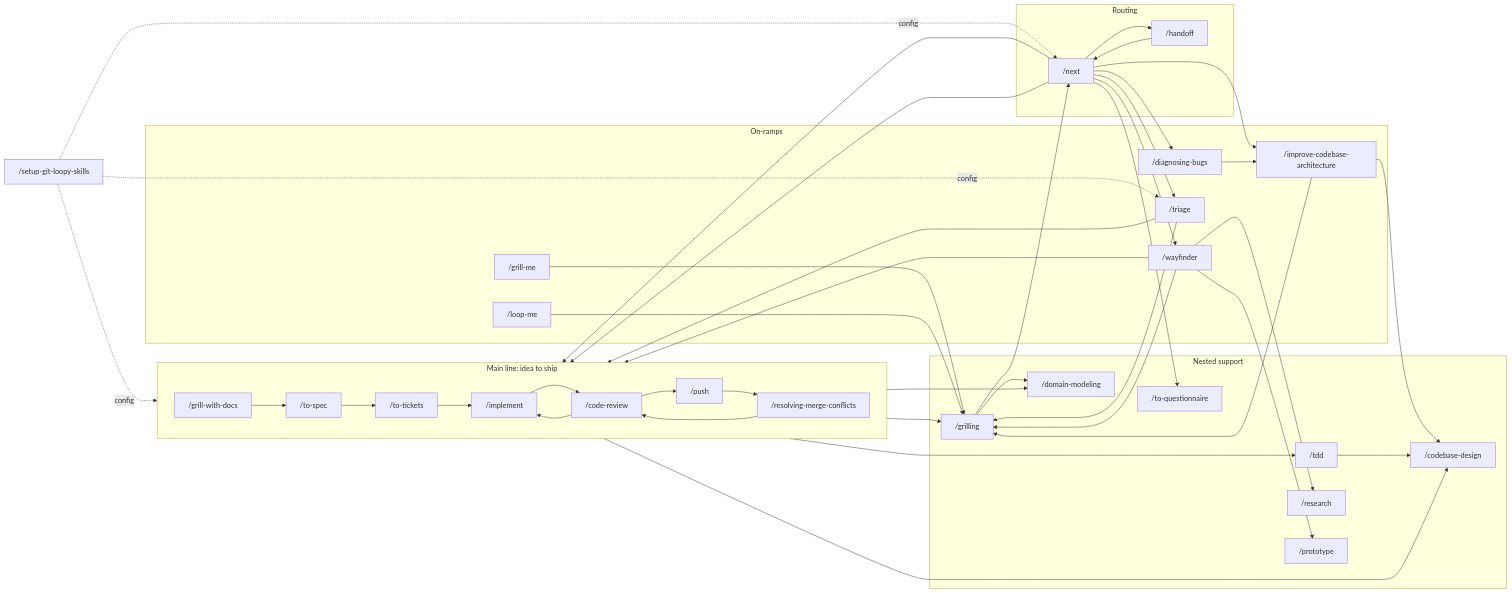
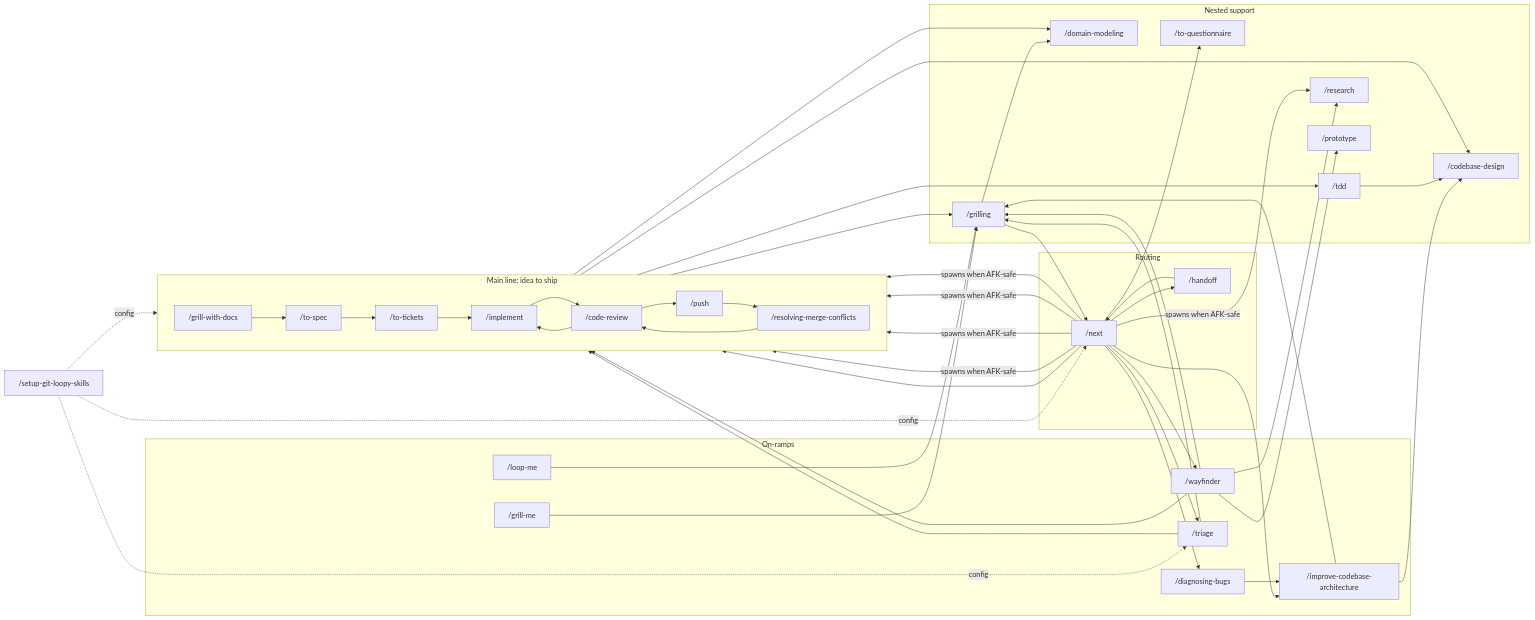
The first of 12 diagrams in docs/skill-connections.md (bradcstevens/git-loopy-skills), drawn with Mermaid before and after one commit. The commit also changed other lines of this file and 2 other files, not shown here.

First line of the commit message:
Document the /next chain and spawn edges

````diff
--- a/docs/skill-connections.md
+++ b/docs/skill-connections.md
@@ -30,73 +34,77 @@
 ```mermaid
 flowchart LR
     setup["/setup-git-loopy-skills"]
 
     subgraph ROUTE["Routing"]
         next["/next"]
         handoff["/handoff"]
     end
 
     subgraph ONRAMP["On-ramps"]
         grillme["/grill-me"]
         loopme["/loop-me"]
         wayfinder["/wayfinder"]
         triage["/triage"]
         ica["/improve-codebase-architecture"]
         diag["/diagnosing-bugs"]
     end
 
     subgraph MAIN["Main line: idea to ship"]
         direction LR
         gwd["/grill-with-docs"] --> tospec["/to-spec"] --> totickets["/to-tickets"]
         totickets --> implement["/implement"] --> review["/code-review"] --> push["/push"]
         push --> rmc["/resolving-merge-conflicts"]
     end
 
     subgraph NESTED["Nested support"]
         grilling["/grilling"]
         domain["/domain-modeling"]
         design["/codebase-design"]
         tdd["/tdd"]
         research["/research"]
         prototype["/prototype"]
         questionnaire["/to-questionnaire"]
     end
 
     setup -.->|config| next
     setup -.->|config| triage
     setup -.->|config| review
 
     next --> gwd
     next --> triage
     next --> wayfinder
     next --> diag
     next --> ica
-    next --> implement
+    next -->|spawns when AFK-safe| implement
+    next -->|spawns when AFK-safe| review
+    next -->|spawns when AFK-safe| research
+    next -->|spawns when AFK-safe| push
+    next -->|spawns when AFK-safe| rmc
     next --> handoff
     handoff --> next
 
     grillme --> grilling
     loopme --> grilling
     gwd --> grilling
     triage --> grilling
     wayfinder --> grilling
     ica --> grilling
     grilling --> domain
     grilling --> next
 
     wayfinder --> research
     wayfinder --> prototype
     wayfinder --> tospec
     triage --> implement
     ica --> design
     diag --> ica
 
     implement --> tdd
     implement --> design
     implement --> domain
     tdd --> design
     review --> implement
     rmc --> review
 
     next --> questionnaire
 ```
````
